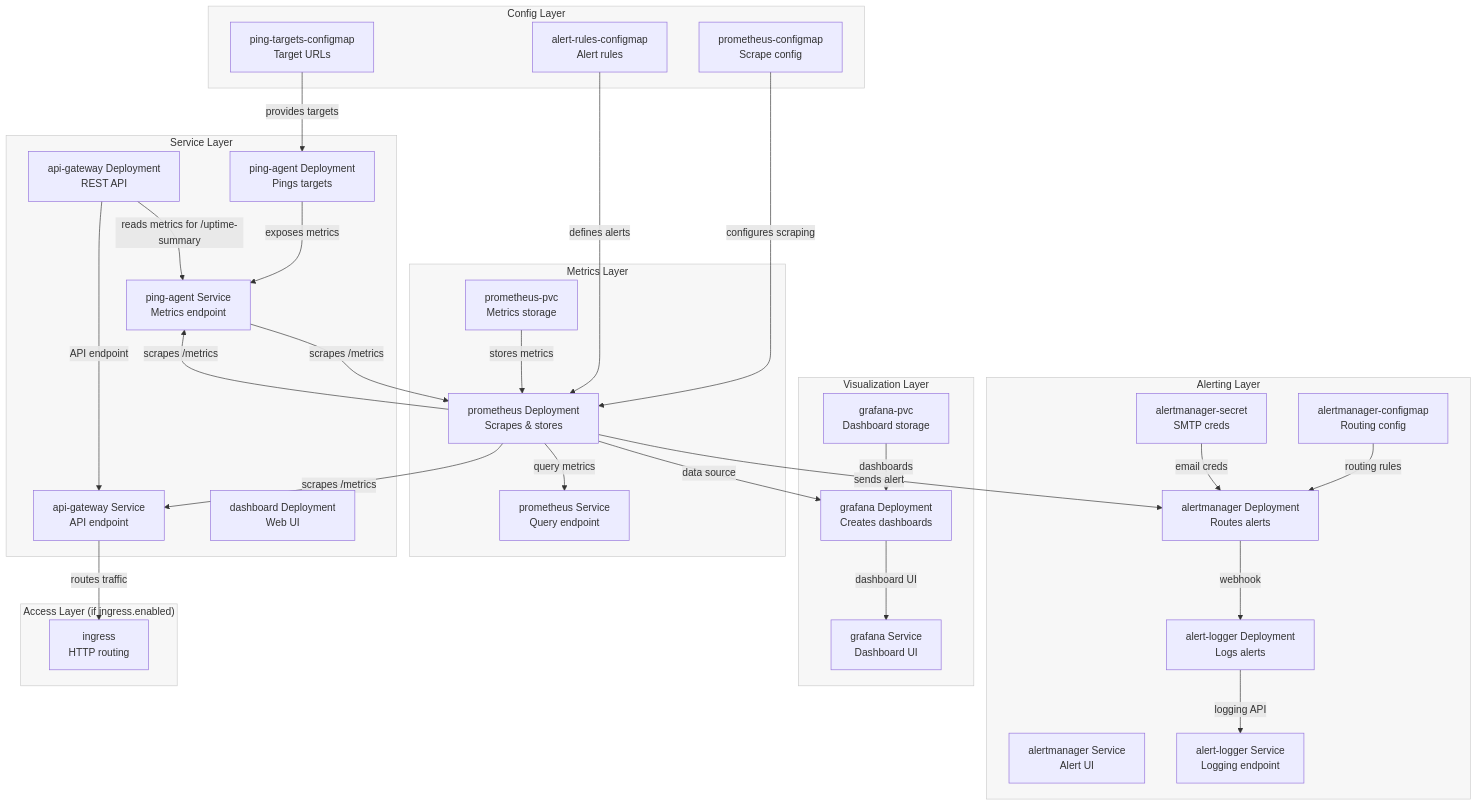
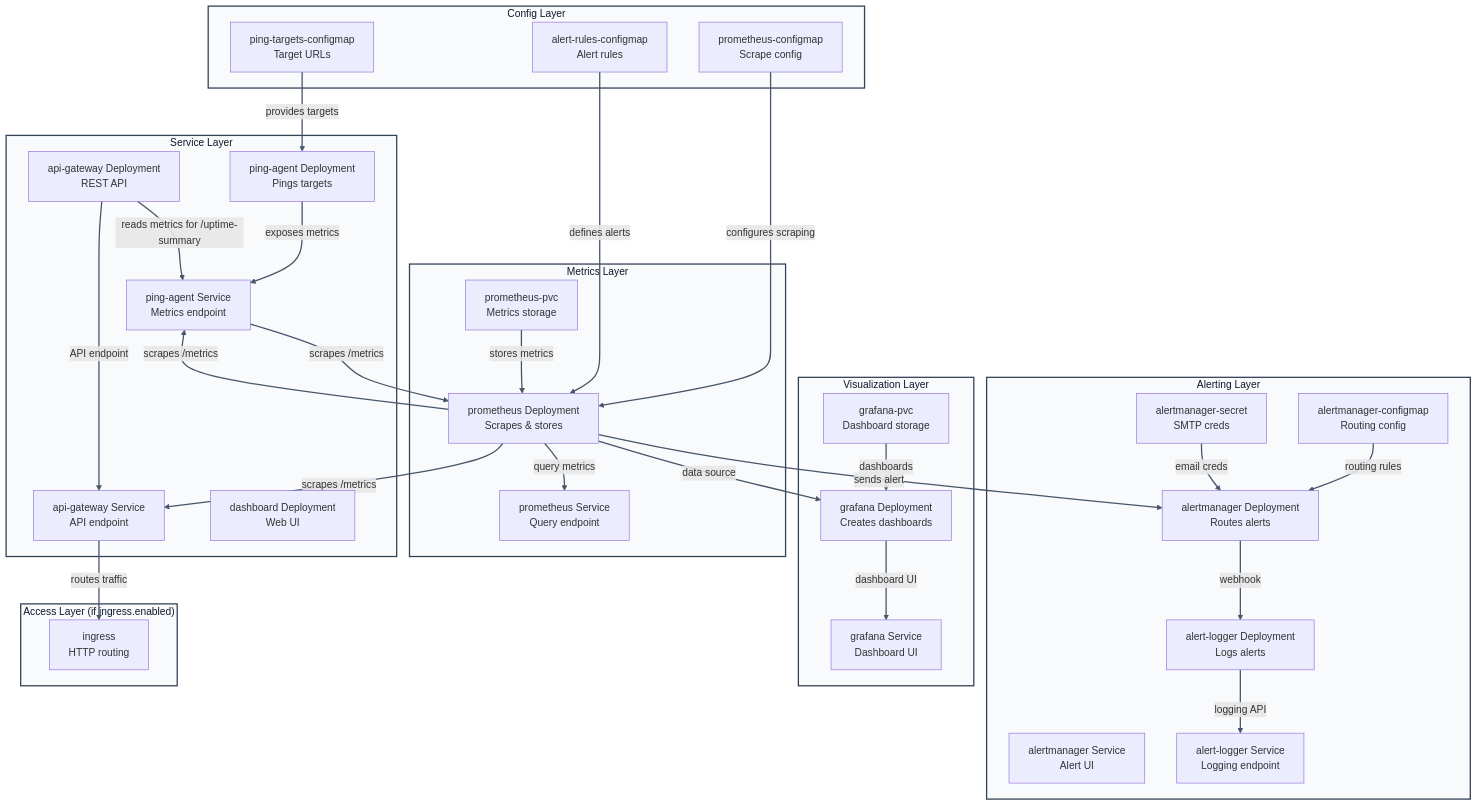
One commit to fattah247/UpTimePulse changed the second of 2 diagrams in ARCHITECTURE.md. Above: the diagram before and after it, drawn with Mermaid. The commit also changed other lines of this file and 1 other file, not shown here.

Commit message:
docs: update architecture and README documentation

````diff
--- a/ARCHITECTURE.md
+++ b/ARCHITECTURE.md
@@ -99,76 +100,76 @@
 ```mermaid
 flowchart TB
-  linkStyle default stroke-width:1px
-  classDef group fill:#f7f7f7,stroke:#cccccc,stroke-width:1px
-  classDef configFlow stroke:#16a34a,stroke-width:2px
+  linkStyle default stroke:#475569,stroke-width:2px
+  classDef group fill:#f8fafc,stroke:#334155,stroke-width:2px,color:#0f172a
+  classDef configFlow stroke:#15803d,stroke-width:2px
   classDef monitoringFlow stroke:#dc2626,stroke-width:2px
-  classDef alertFlow stroke:#ea580c,stroke-width:2px
-  classDef vizFlow stroke:#7c3aed,stroke-width:2px
-  classDef accessFlow stroke:#6b7280,stroke-width:2px
+  classDef alertFlow stroke:#c2410c,stroke-width:2px
+  classDef vizFlow stroke:#6d28d9,stroke-width:2px
+  classDef accessFlow stroke:#475569,stroke-width:2px
 
   subgraph Config["Config Layer"]
     targets[ping-targets-configmap<br/>Target URLs]
     promCfg[prometheus-configmap<br/>Scrape config]
     alertRules[alert-rules-configmap<br/>Alert rules]
   end
 
   subgraph Services["Service Layer"]
     pingDep[ping-agent Deployment<br/>Pings targets]
     pingSvc[ping-agent Service<br/>Metrics endpoint]
     apiDep[api-gateway Deployment<br/>REST API]
     apiSvc[api-gateway Service<br/>API endpoint]
     dash[dashboard Deployment<br/>Web UI]
   end
 
   subgraph Metrics["Metrics Layer"]
     promDep[prometheus Deployment<br/>Scrapes & stores]
     promSvc[prometheus Service<br/>Query endpoint]
     promPVC[prometheus-pvc<br/>Metrics storage]
   end
 
   subgraph Alerting["Alerting Layer"]
     amDep[alertmanager Deployment<br/>Routes alerts]
     amSvc[alertmanager Service<br/>Alert UI]
     amCfg[alertmanager-configmap<br/>Routing config]
     amSecret[alertmanager-secret<br/>SMTP creds]
     loggerDep[alert-logger Deployment<br/>Logs alerts]
     loggerSvc[alert-logger Service<br/>Logging endpoint]
   end
 
   subgraph Visualization["Visualization Layer"]
     grafDep[grafana Deployment<br/>Creates dashboards]
     grafSvc[grafana Service<br/>Dashboard UI]
     grafPVC[grafana-pvc<br/>Dashboard storage]
   end
 
   subgraph Access["Access Layer (if ingress.enabled)"]
     ing[ingress<br/>HTTP routing]
   end
 
   targets -->|"provides targets"| pingDep
   pingDep -->|"exposes metrics"| pingSvc -->|"scrapes /metrics"| promDep
   promCfg -->|"configures scraping"| promDep
   alertRules -->|"defines alerts"| promDep
   promPVC -->|"stores metrics"| promDep
   promDep -->|"query metrics"| promSvc
   promDep -->|"sends alert"| amDep
   amCfg -->|"routing rules"| amDep
   amSecret -->|"email creds"| amDep
   amDep -->|"webhook"| loggerDep
   loggerDep -->|"logging API"| loggerSvc
   promDep -->|"data source"| grafDep
   grafPVC -->|"dashboards"| grafDep
   grafDep -->|"dashboard UI"| grafSvc
   apiDep -->|"reads metrics for /uptime-summary"| pingSvc
   apiDep -->|"API endpoint"| apiSvc -->|"routes traffic"| ing
 
   promDep -->|"scrapes /metrics"| pingSvc
   promDep -->|"scrapes /metrics"| apiSvc
 
   class Config,Services,Metrics,Alerting,Visualization,Access group
   linkStyle 0 configFlow
   linkStyle 1,2,3,4 monitoringFlow
   linkStyle 5,6,7,8,9 alertFlow
   linkStyle 10,11 vizFlow
   linkStyle 12,13,14,15,16,17 accessFlow
 ```
````
